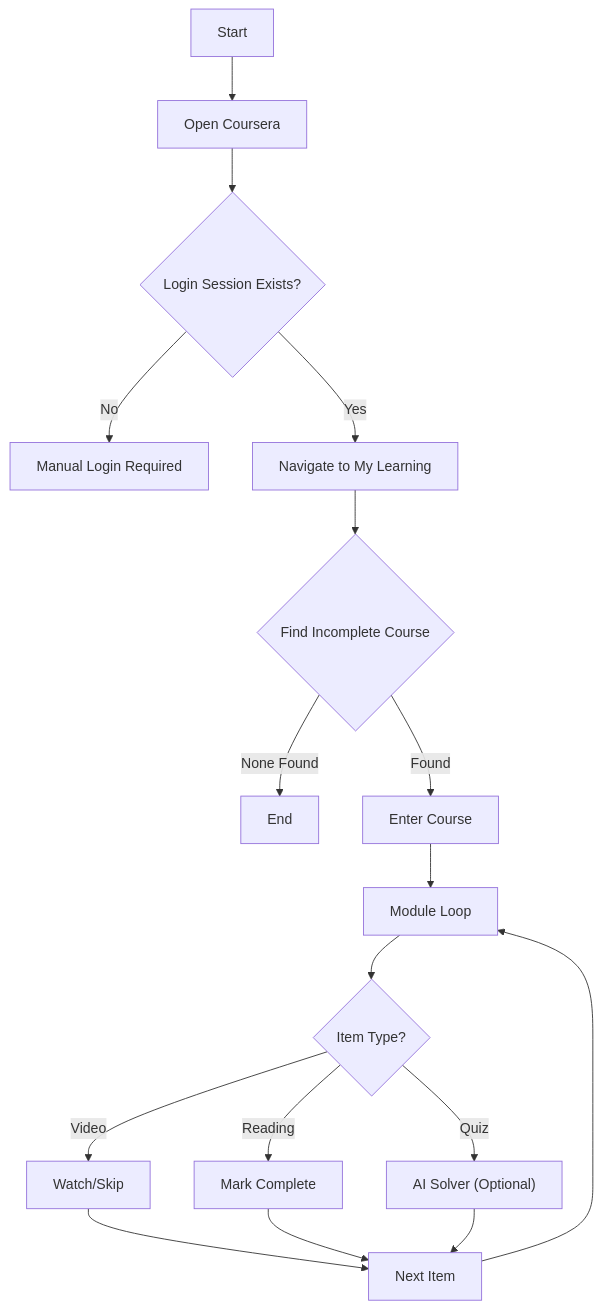
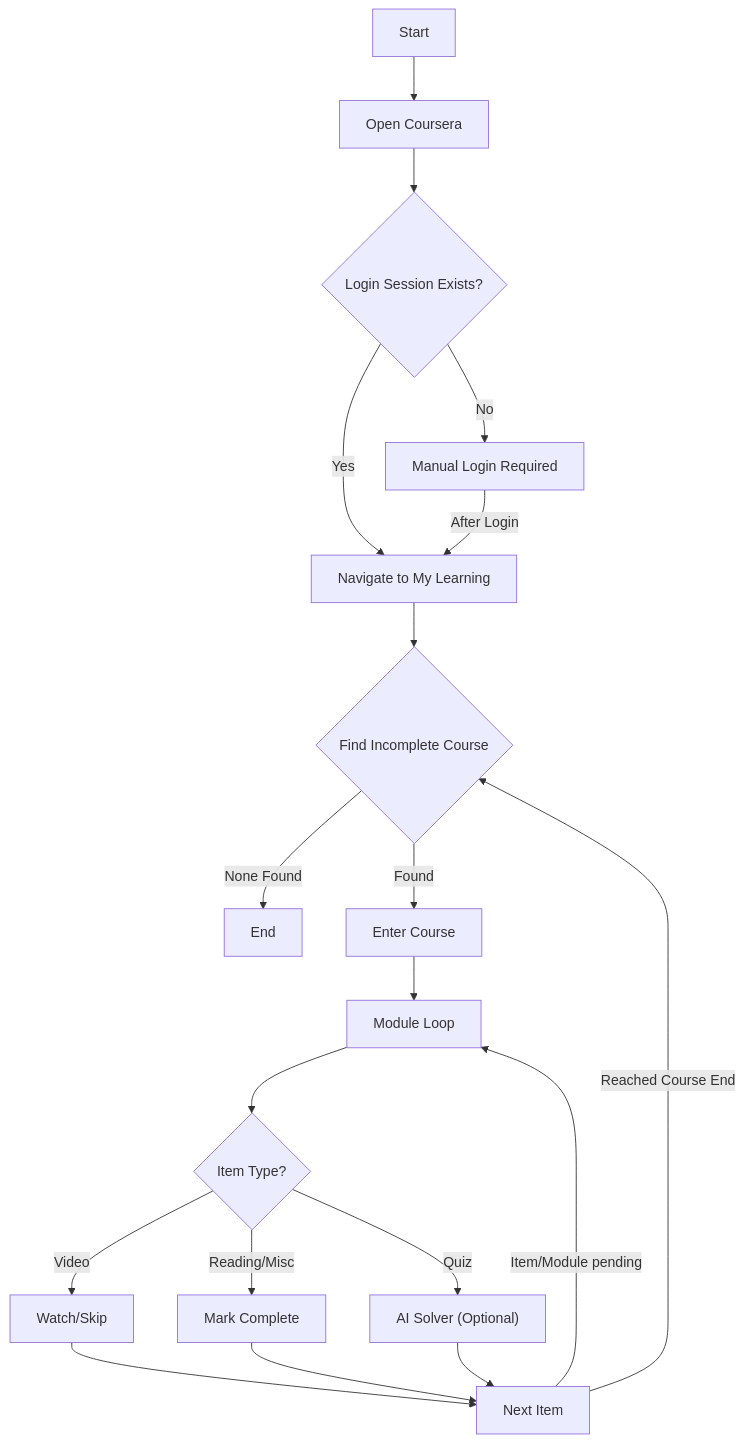
Before and after one commit to kascit/coursera-automata: the diagram in README.md, drawn with Mermaid. The commit also changed other lines of this file, not shown here.

````diff
--- a/README.md
+++ b/README.md
@@ -236,20 +239,22 @@
 ```mermaid
 graph TD
     A[Start] --> B[Open Coursera]
     B --> C{Login Session Exists?}
     C -- No --> D[Manual Login Required]
     C -- Yes --> E[Navigate to My Learning]
+    D -- After Login --> E
     E --> F{Find Incomplete Course}
     F -- None Found --> Z[End]
     F -- Found --> G[Enter Course]
     G --> H[Module Loop]
     H --> I{Item Type?}
     I -- Video --> J[Watch/Skip]
-    I -- Reading --> K[Mark Complete]
+    I -- Reading/Misc --> K[Mark Complete]
     I -- Quiz --> L["AI Solver (Optional)"]
     J --> M[Next Item]
     K --> M
     L --> M
-    M --> H
+    M -- Item/Module pending --> H
+    M -- Reached Course End --> F
 
 ```
````
